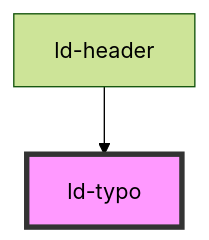
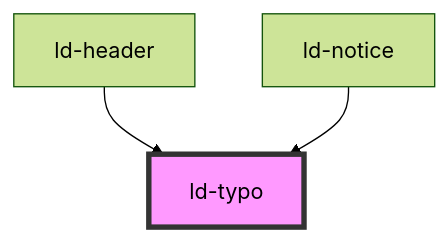
The diagram in src/liquid/components/ld-typo/readme.md (emdgroup-liquid/liquid), drawn with Mermaid (forest theme) before and after one commit. The commit also changed other lines of this file and 17 other files, not shown here.

````diff
--- a/src/liquid/components/ld-typo/readme.md
+++ b/src/liquid/components/ld-typo/readme.md
@@ -420,5 +421,6 @@
 ```mermaid
 graph TD;
   ld-header --> ld-typo
+  ld-notice --> ld-typo
   style ld-typo fill:#f9f,stroke:#333,stroke-width:4px
 ```
````
